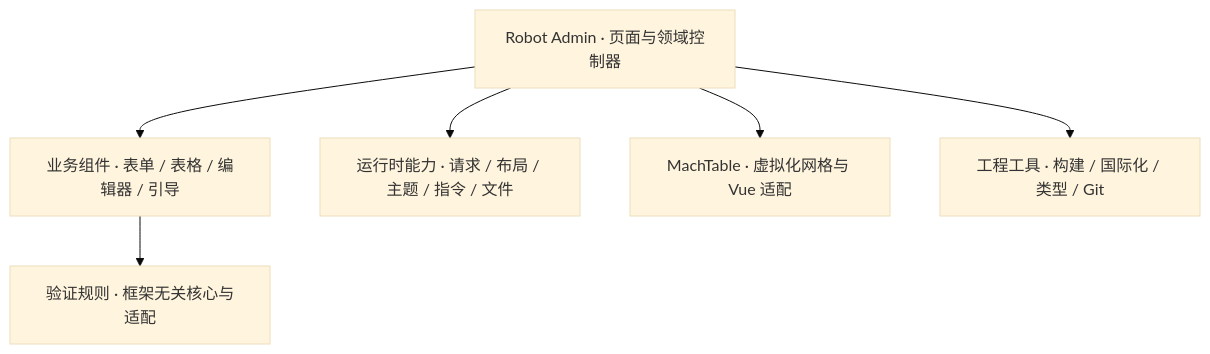
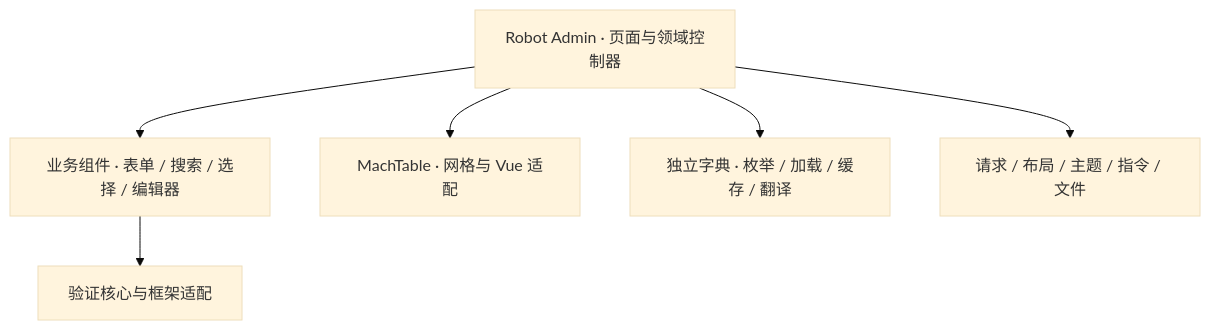
One commit to ChenyCHENYU/Robot_Admin changed the diagram in README.md. Above: the diagram before and after it, drawn with Mermaid (base theme). The commit also changed other lines of this file and 8 other files, not shown here.

Commit message:
docs(readme): 更新能力地图与产销接入指南

````diff
--- a/README.md
+++ b/README.md
@@ -118,9 +186,9 @@
 ```mermaid
 flowchart TB
     App[Robot Admin · 页面与领域控制器]
-    App --> UI[业务组件 · 表单 / 表格 / 编辑器 / 引导]
-    App --> Runtime[运行时能力 · 请求 / 布局 / 主题 / 指令 / 文件]
-    UI --> Validation[验证规则 · 框架无关核心与适配]
-    App --> Grid[MachTable · 虚拟化网格与 Vue 适配]
-    App --> Engineering[工程工具 · 构建 / 国际化 / 类型 / Git]
+    App --> UI[业务组件 · 表单 / 搜索 / 选择 / 编辑器]
+    App --> Grid[MachTable · 网格与 Vue 适配]
+    App --> Dictionary[独立字典 · 枚举 / 加载 / 缓存 / 翻译]
+    App --> Runtime[请求 / 布局 / 主题 / 指令 / 文件]
+    UI --> Validation[验证核心与框架适配]
 ```
````
